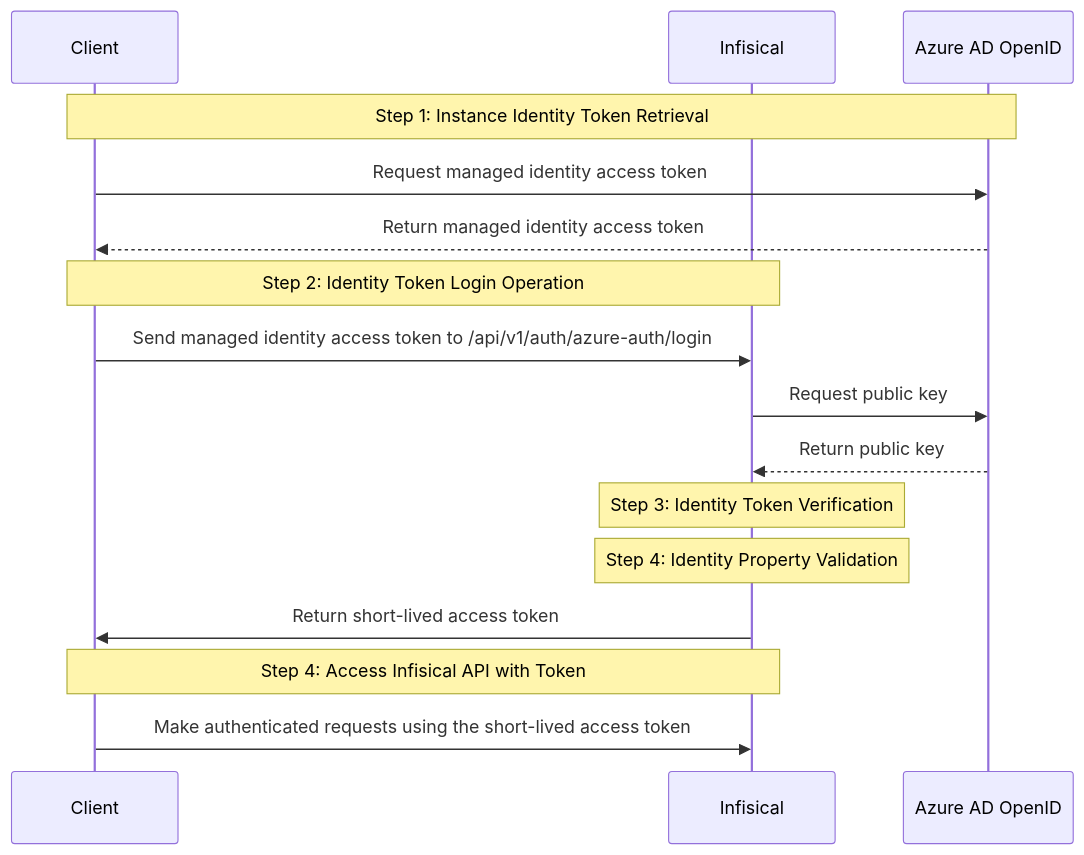
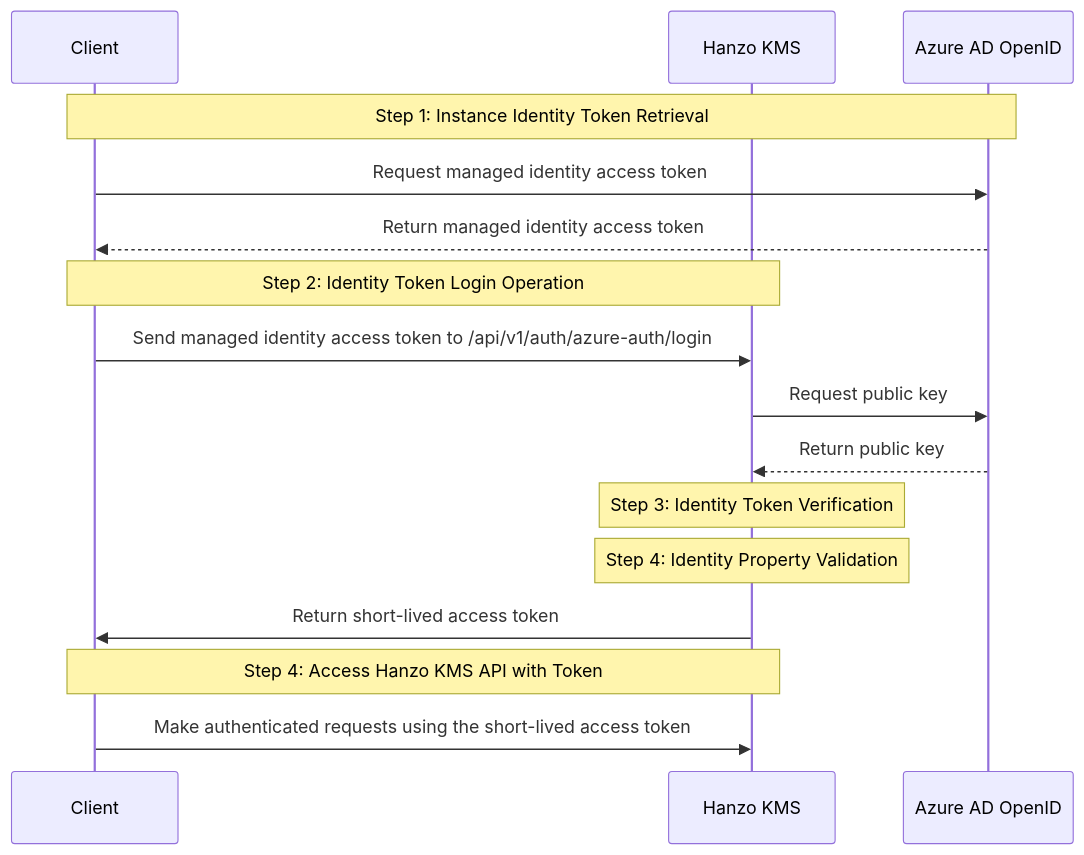
Before and after one commit to hanzoai/kms: the diagram in docs/documentation/platform/identities/azure-auth.mdx, drawn with Mermaid. The commit also changed other lines of this file and 927 other files, not shown here.

First line of the commit message:
feat: complete Hanzo KMS rebranding across upstream merge

````diff
--- a/docs/documentation/platform/identities/azure-auth.mdx
+++ b/docs/documentation/platform/identities/azure-auth.mdx
@@ -12,22 +12,22 @@
 ```mermaid
 sequenceDiagram
   participant Client as Client
-  participant Infis as Infisical
+  participant Infis as Hanzo KMS
   participant Azure as Azure AD OpenID
 
   Note over Client,Azure: Step 1: Instance Identity Token Retrieval
   Client->>Azure: Request managed identity access token
   Azure-->>Client: Return managed identity access token
 
   Note over Client,Infis: Step 2: Identity Token Login Operation
   Client->>Infis: Send managed identity access token to /api/v1/auth/azure-auth/login
   Infis->>Azure: Request public key
   Azure-->>Infis: Return public key
 
   Note over Infis: Step 3: Identity Token Verification
   Note over Infis: Step 4: Identity Property Validation
   Infis->>Client: Return short-lived access token
 
-  Note over Client,Infis: Step 4: Access Infisical API with Token
+  Note over Client,Infis: Step 4: Access Hanzo KMS API with Token
   Client->>Infis: Make authenticated requests using the short-lived access token
 ```
````
